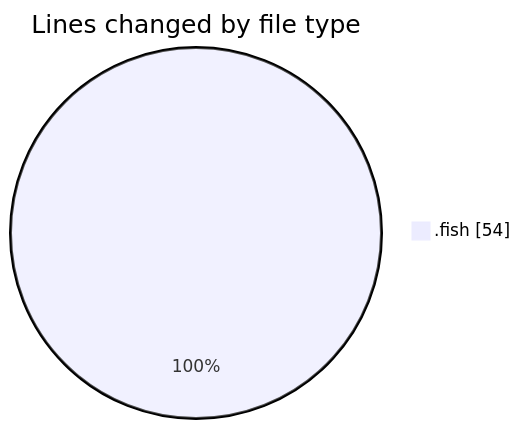
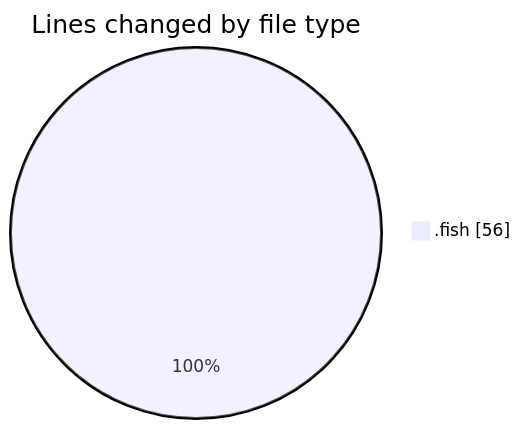
Before and after one commit to EIIisD/code-tracking: the first of 2 diagrams in 2025-08-03/fish/README.md, drawn with Mermaid. The commit also changed other lines of this file and 1 other file, not shown here.

````diff
--- a/2025-08-03/fish/README.md
+++ b/2025-08-03/fish/README.md
@@ -21,5 +21,5 @@
 ```mermaid
 pie showData
 title Lines changed by file type
-".fish" : 54
+".fish" : 56
 ```
````
